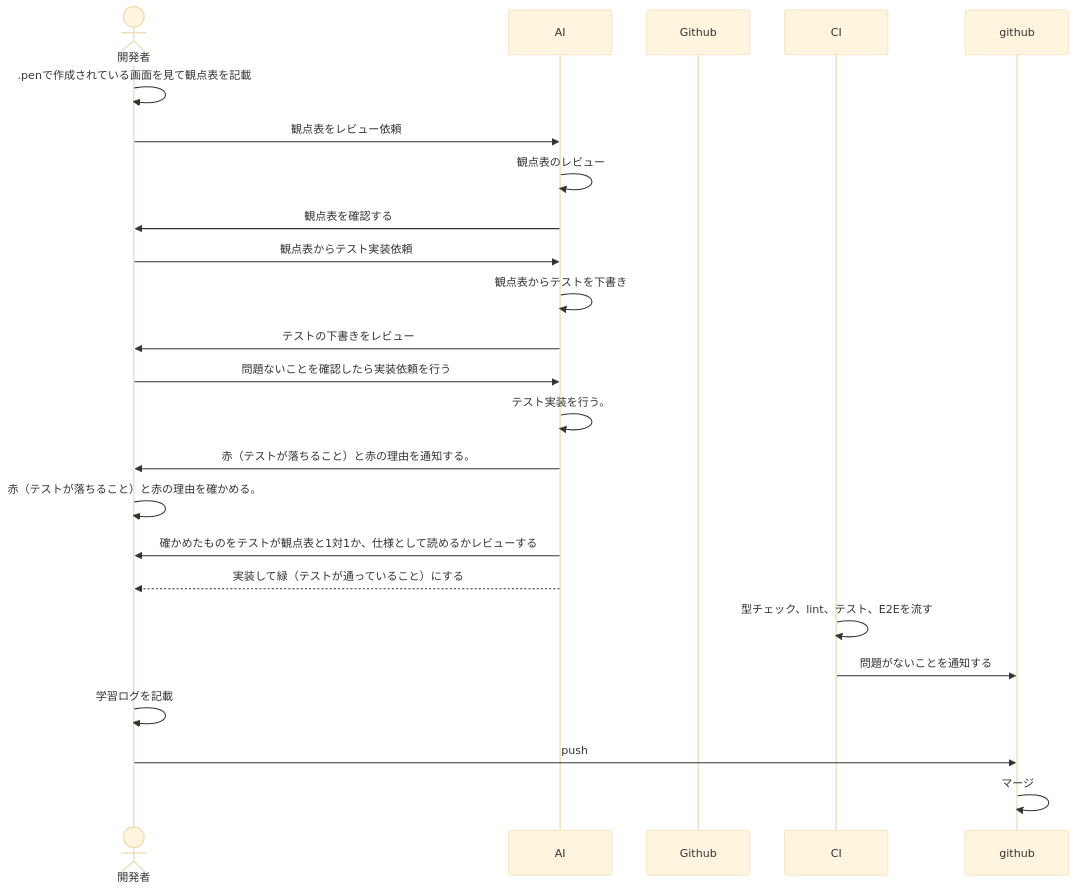
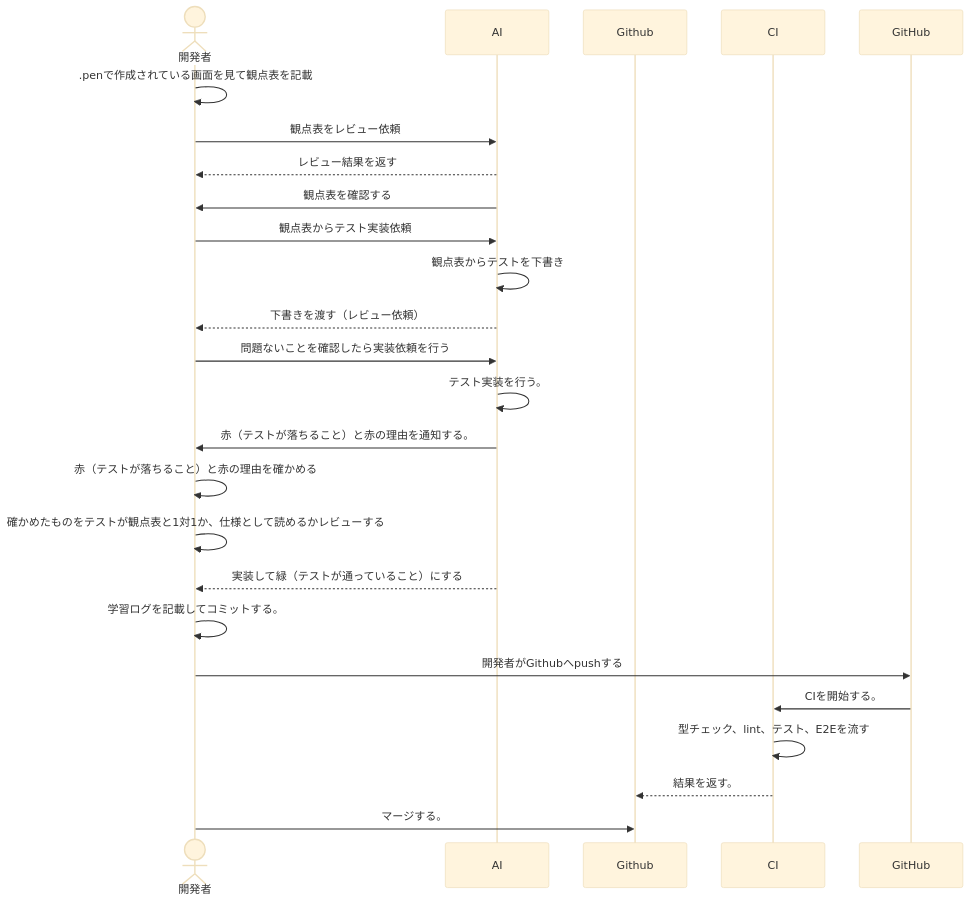
The diagram in docs/design/test/README.md (yuuya-1205/selfsketch-web), drawn with Mermaid (base theme) before and after one commit.

Commit message:
docs: フロー図の修正

````diff
--- a/docs/design/test/README.md
+++ b/docs/design/test/README.md
@@ -47,25 +47,26 @@
 ```mermaid
 sequenceDiagram
    actor 開発者
    participant AI
    participant Github
    participant CI
   開発者->>開発者: .penで作成されている画面を見て観点表を記載
   開発者->>AI: 観点表をレビュー依頼
-  AI->>AI: 観点表のレビュー
+  AI-->>開発者: レビュー結果を返す
   AI->>開発者: 観点表を確認する
   開発者->>AI: 観点表からテスト実装依頼
   AI->>AI: 観点表からテストを下書き
-  AI->>開発者: テストの下書きをレビュー
+  AI-->>開発者: 下書きを渡す（レビュー依頼）
   開発者->>AI: 問題ないことを確認したら実装依頼を行う
   AI->>AI: テスト実装を行う。
   AI->>開発者: 赤（テストが落ちること）と赤の理由を通知する。
-  開発者->>開発者:赤（テストが落ちること）と赤の理由を確かめる。
-  AI->>開発者: 確かめたものをテストが観点表と1対1か、仕様として読めるかレビューする
+  開発者->>開発者:赤（テストが落ちること）と赤の理由を確かめる
+  開発者->>開発者: 確かめたものをテストが観点表と1対1か、仕様として読めるかレビューする
   AI-->>開発者: 実装して緑（テストが通っていること）にする
-  CI->>CI:型チェック、lint、テスト、E2Eを流す
-  CI->>github:問題がないことを通知する
-  開発者->>開発者: 学習ログを記載
-  開発者->>github: push
-  github->>github: マージ
+  開発者->>開発者: 学習ログを記載してコミットする。
+  開発者->>GitHub: 開発者がGithubへpushする
+  GitHub->>CI: CIを開始する。
+  CI->>CI: 型チェック、lint、テスト、E2Eを流す
+  CI-->>Github: 結果を返す。
+  開発者->>Github: マージする。
 ```
````
